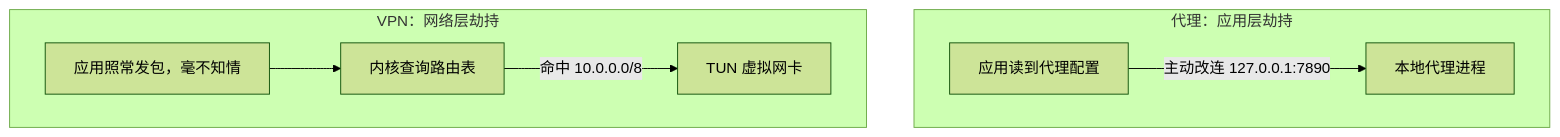
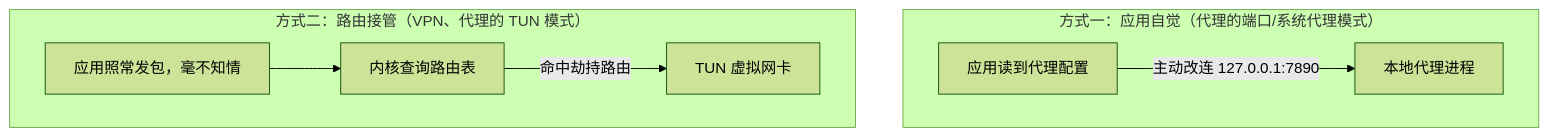
The first of 21 diagrams in _posts/2026-08-08-proxy-vs-vpn-principles.md (puppylpg/puppylpg.github.io), drawn with Mermaid (forest theme) before and after one commit. The commit also changed other lines of this file and 1 other file, not shown here.

First line of the commit message:
重构代理/VPN 与 DNS 两篇文章：先知识后场景，互为前后篇

````diff
--- a/_posts/2026-08-08-proxy-vs-vpn-principles.md
+++ b/_posts/2026-08-08-proxy-vs-vpn-principles.md
@@ -73,10 +49,10 @@
 ```mermaid
 flowchart TD
-    subgraph P["代理：应用层劫持"]
+    subgraph P["方式一：应用自觉（代理的端口/系统代理模式）"]
         A2["应用读到代理配置"] -->|"主动改连 127.0.0.1:7890"| B2["本地代理进程"]
     end
-    subgraph V["VPN：网络层劫持"]
+    subgraph V["方式二：路由接管（VPN、代理的 TUN 模式）"]
         A1["应用照常发包，毫不知情"] --> B1["内核查询路由表"]
-        B1 -->|"命中 10.0.0.0/8"| C1["TUN 虚拟网卡"]
+        B1 -->|"命中劫持路由"| C1["TUN 虚拟网卡"]
     end
 ```
````
